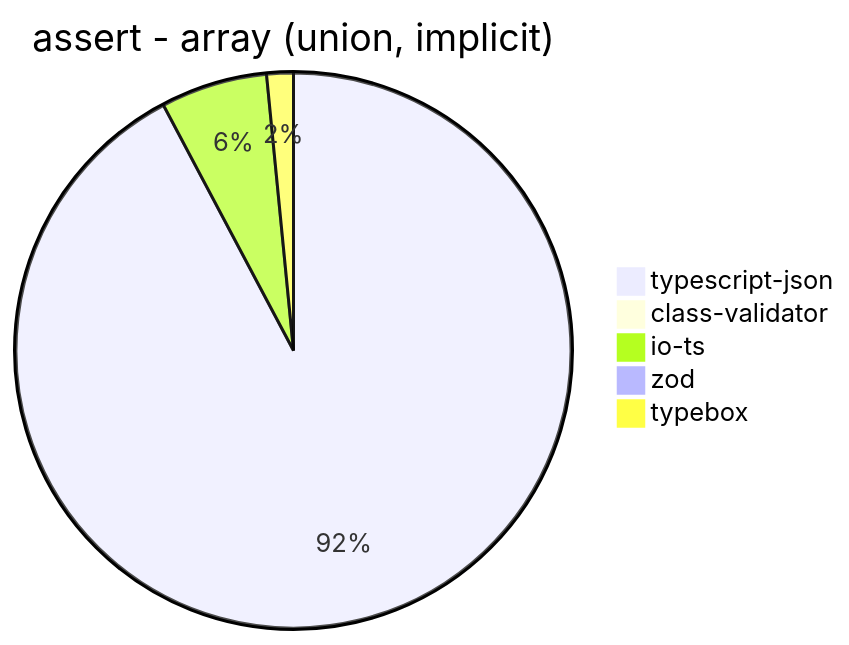
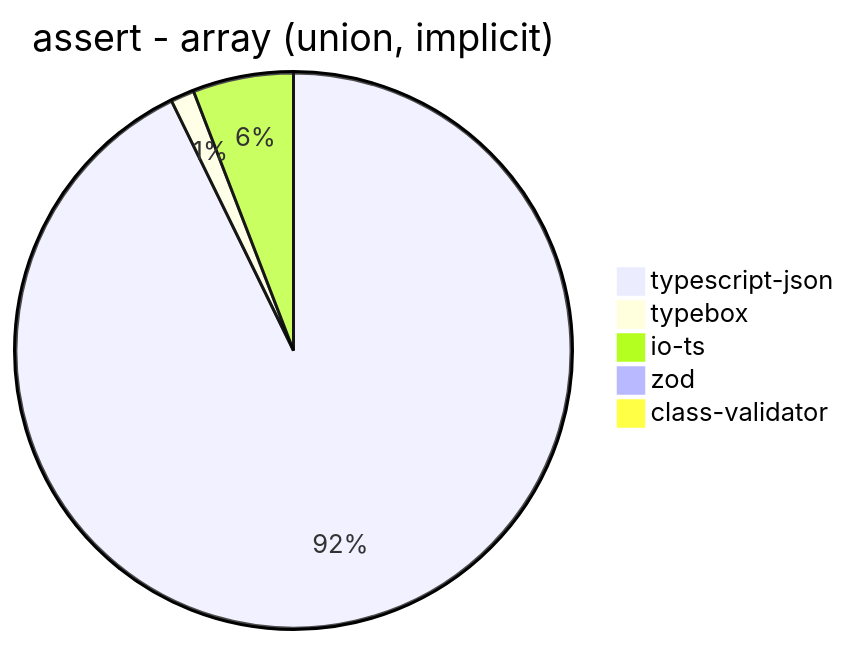
Before and after one commit to samchon/typia: diagram 15 of 39 in benchmark/results/AMD Ryzen 7 5800H with Radeon Graphics.md, drawn with Mermaid. The commit also changed other lines of this file and 7 other files, not shown here.

````diff
--- a/benchmark/results/AMD Ryzen 7 5800H with Radeon Graphics.md
+++ b/benchmark/results/AMD Ryzen 7 5800H with Radeon Graphics.md
@@ -186,8 +186,8 @@
 ```mermaid
 pie title assert - array (union, implicit)
-  "typescript-json": 1747.364594692839
-  "class-validator": 8.61100711344066
-  "io-ts": 117.59207328472611
-  "zod": 3.5600524639310476
-  "typebox": 29.383886255924168
+  "typescript-json": 1776.3743106208858
+  "typebox": 26.392428103385512
+  "io-ts": 112.14611872146119
+  "zod": 3.782863627766219
+  "class-validator": 8.707173954192694
 ```
````
